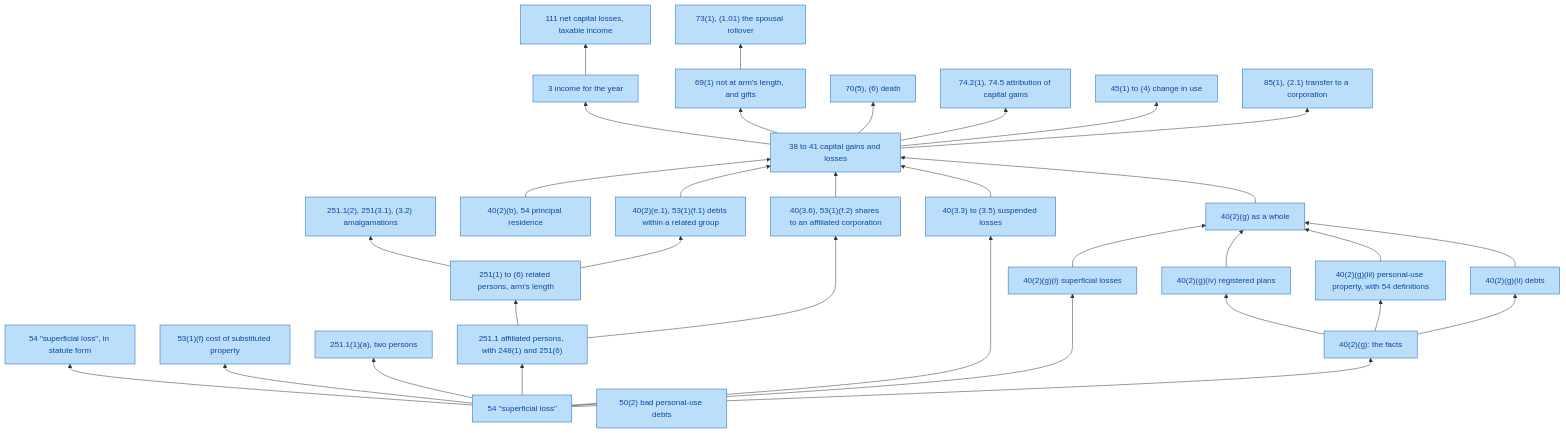
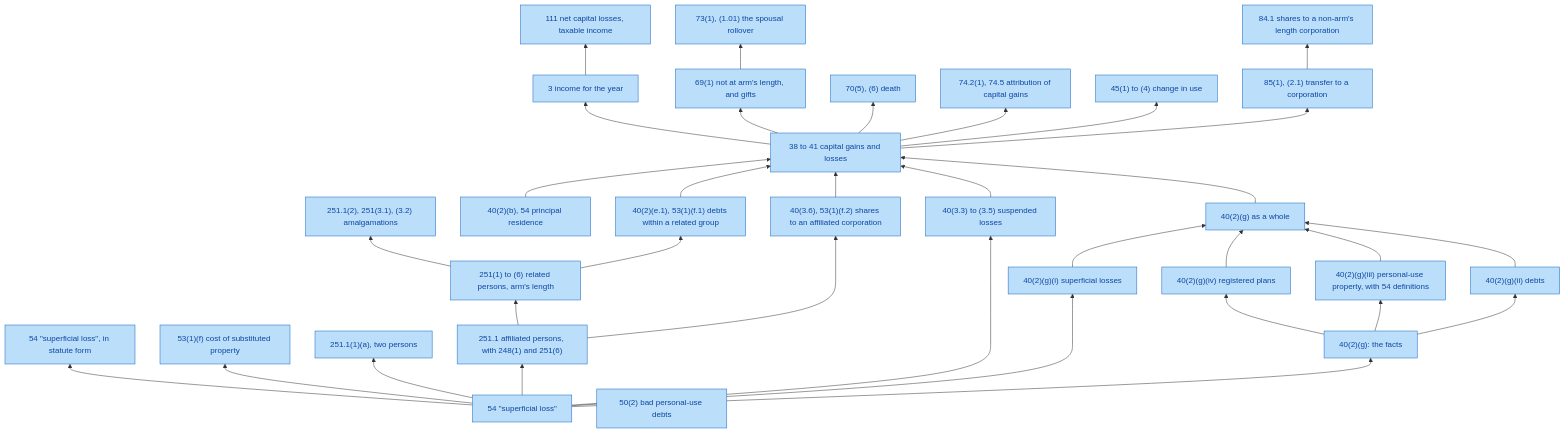
One commit to SeanWMurray/Canteen changed the diagram in docs/graphs/provisions.md. Above: the diagram before and after it, drawn with Mermaid. The commit also changed 17 other files, not shown here.

First line of the commit message:
Encode section 84.1: shares sold to a non-arm's length corporation

````diff
--- a/docs/graphs/provisions.md
+++ b/docs/graphs/provisions.md
@@ -7,62 +7,64 @@
 ```mermaid
 flowchart BT
   v0["54 #quot;superficial loss#quot;"]:::prov
   v1["40(2)(g)(i) superficial losses"]:::prov
   v2["54 #quot;superficial loss#quot;, in statute form"]:::prov
   v3["53(1)(f) cost of substituted property"]:::prov
   v4["251.1(1)(a), two persons"]:::prov
   v5["251.1 affiliated persons, with 248(1) and 251(6)"]:::prov
   v6["251(1) to (6) related persons, arm's length"]:::prov
   v7["251.1(2), 251(3.1), (3.2) amalgamations"]:::prov
   v8["40(2)(g): the facts"]:::prov
   v9["40(2)(g)(ii) debts"]:::prov
   v10["40(2)(g)(iii) personal-use property, with 54 definitions"]:::prov
   v11["40(2)(g)(iv) registered plans"]:::prov
   v12["40(2)(g) as a whole"]:::prov
   v13["40(3.3) to (3.5) suspended losses"]:::prov
   v14["40(3.6), 53(1)(f.2) shares to an affiliated corporation"]:::prov
   v15["40(2)(e.1), 53(1)(f.1) debts within a related group"]:::prov
   v16["40(2)(b), 54 principal residence"]:::prov
   v17["38 to 41 capital gains and losses"]:::prov
   v18["3 income for the year"]:::prov
   v19["111 net capital losses, taxable income"]:::prov
   v20["69(1) not at arm's length, and gifts"]:::prov
   v21["73(1), (1.01) the spousal rollover"]:::prov
   v22["70(5), (6) death"]:::prov
   v23["74.2(1), 74.5 attribution of capital gains"]:::prov
   v24["45(1) to (4) change in use"]:::prov
   v25["85(1), (2.1) transfer to a corporation"]:::prov
-  v26["50(2) bad personal-use debts"]:::prov
+  v26["84.1 shares to a non-arm's length corporation"]:::prov
+  v27["50(2) bad personal-use debts"]:::prov
   v0 --> v1
   v0 --> v2
   v0 --> v3
   v0 --> v4
   v0 --> v5
   v5 --> v6
   v6 --> v7
   v0 --> v8
   v8 --> v9
   v8 --> v10
   v8 --> v11
   v9 --> v12
   v10 --> v12
   v11 --> v12
   v1 --> v12
   v0 --> v13
   v5 --> v14
   v6 --> v15
   v12 --> v17
   v13 --> v17
   v14 --> v17
   v15 --> v17
   v16 --> v17
   v17 --> v18
   v18 --> v19
   v17 --> v20
   v20 --> v21
   v17 --> v22
   v17 --> v23
   v17 --> v24
   v17 --> v25
+  v25 --> v26
   classDef prov fill:#bbdefb,stroke:#1565c0,color:#0d47a1
 ```
````
